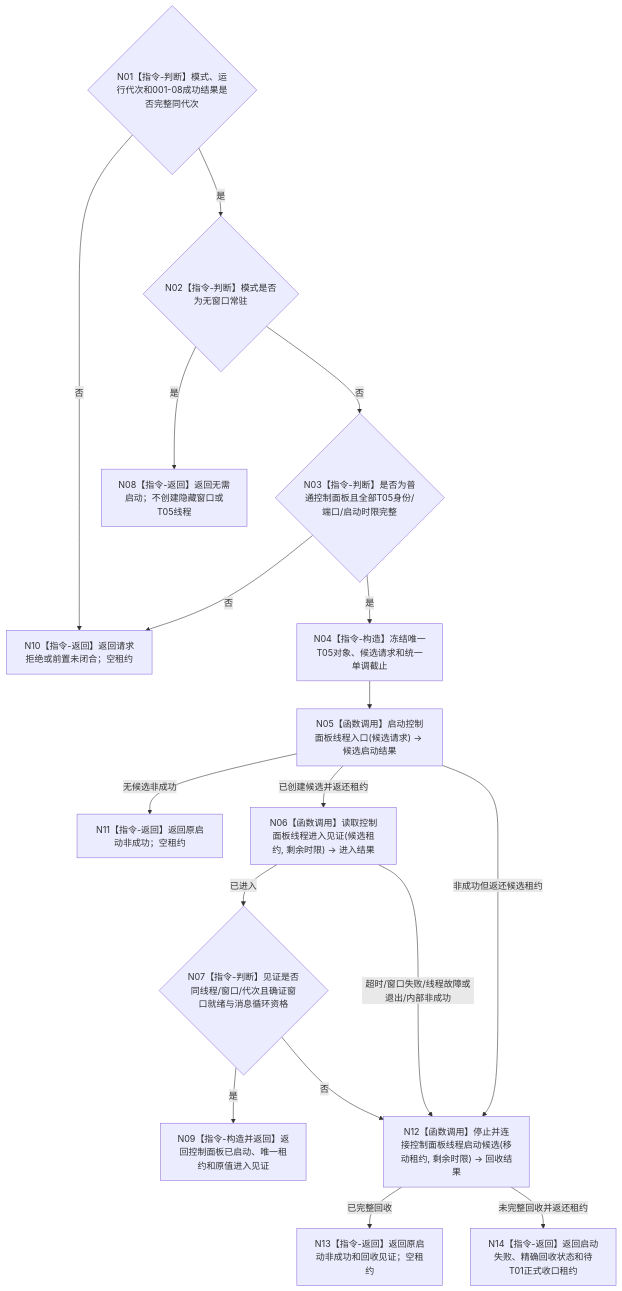
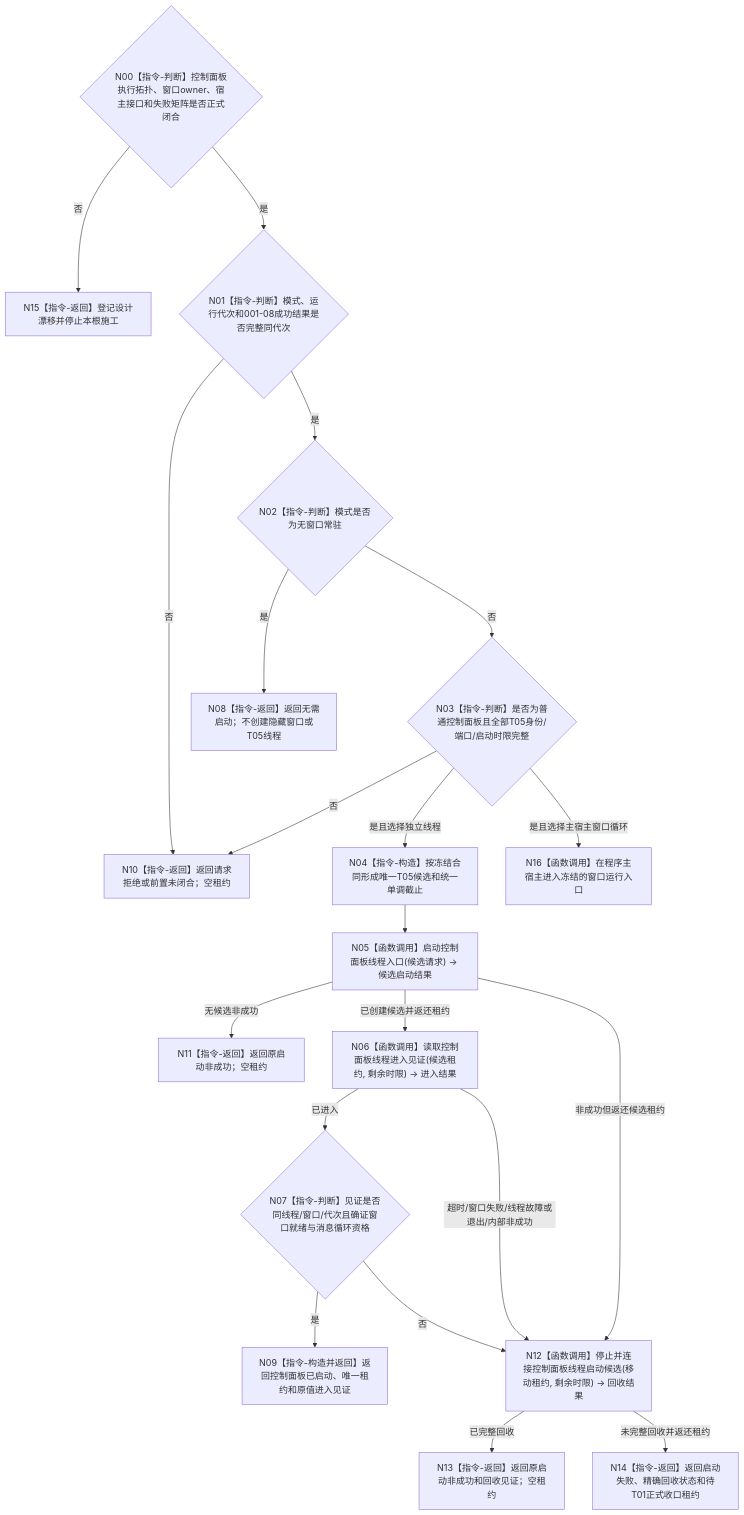
Before and after one commit to chunhaizh-cyber/HY-Ego: the diagram in 流程图/目标业务流程图/L2/BIZ-L2-001-09_按模式启动控制面板线程_目标函数流程图_v0.1.md, drawn with Mermaid. The commit also changed other lines of this file and 12 other files, not shown here.

````diff
--- a/流程图/目标业务流程图/L2/BIZ-L2-001-09_按模式启动控制面板线程_目标函数流程图_v0.1.md
+++ b/流程图/目标业务流程图/L2/BIZ-L2-001-09_按模式启动控制面板线程_目标函数流程图_v0.1.md
@@ -29,19 +29,22 @@
 ```mermaid
 flowchart TD
+    N00{"N00【指令-判断】控制面板执行拓扑、窗口owner、宿主接口和失败矩阵是否正式闭合"} -->|否| N15["N15【指令-返回】登记设计漂移并停止本根施工"]
+    N00 -->|是| N01
     N01{"N01【指令-判断】模式、运行代次和001-08成功结果是否完整同代次"} -->|否| N10["N10【指令-返回】返回请求拒绝或前置未闭合；空租约"]
     N01 -->|是| N02{"N02【指令-判断】模式是否为无窗口常驻"}
     N02 -->|是| N08["N08【指令-返回】返回无需启动；不创建隐藏窗口或T05线程"]
     N02 -->|否| N03{"N03【指令-判断】是否为普通控制面板且全部T05身份/端口/启动时限完整"}
     N03 -->|否| N10
-    N03 -->|是| N04["N04【指令-构造】冻结唯一T05对象、候选请求和统一单调截止"]
+    N03 -->|是且选择独立线程| N04["N04【指令-构造】按冻结合同形成唯一T05候选和统一单调截止"]
+    N03 -->|是且选择主宿主窗口循环| N16["N16【函数调用】在程序主宿主进入冻结的窗口运行入口"]
     N04 --> N05["N05【函数调用】启动控制面板线程入口(候选请求) -> 候选启动结果"]
     N05 -->|无候选非成功| N11["N11【指令-返回】返回原启动非成功；空租约"]
     N05 -->|已创建候选并返还租约| N06["N06【函数调用】读取控制面板线程进入见证(候选租约, 剩余时限) -> 进入结果"]
     N05 -->|非成功但返还候选租约| N12["N12【函数调用】停止并连接控制面板线程启动候选(移动租约, 剩余时限) -> 回收结果"]
     N06 -->|已进入| N07{"N07【指令-判断】见证是否同线程/窗口/代次且确证窗口就绪与消息循环资格"}
     N07 -->|是| N09["N09【指令-构造并返回】返回控制面板已启动、唯一租约和原值进入见证"]
     N07 -->|否| N12
     N06 -->|超时/窗口失败/线程故障或退出/内部非成功| N12
     N12 -->|已完整回收| N13["N13【指令-返回】返回原启动非成功和回收见证；空租约"]
     N12 -->|未完整回收并返还租约| N14["N14【指令-返回】返回启动失败、精确回收状态和待T01正式收口租约"]
 ```
````
